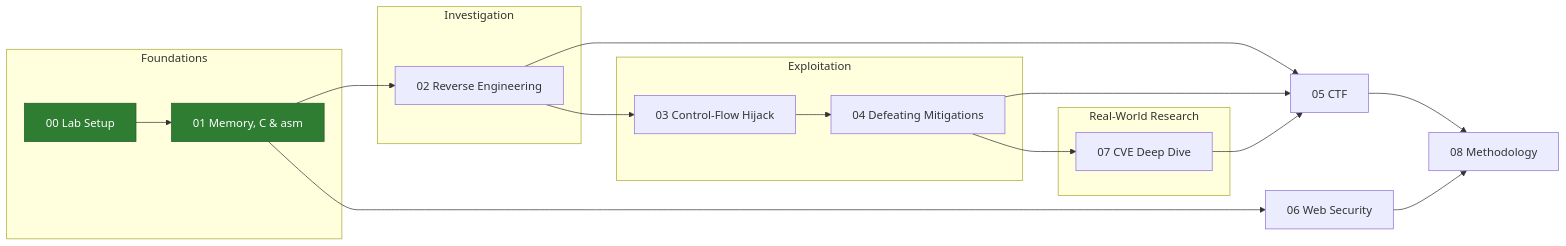
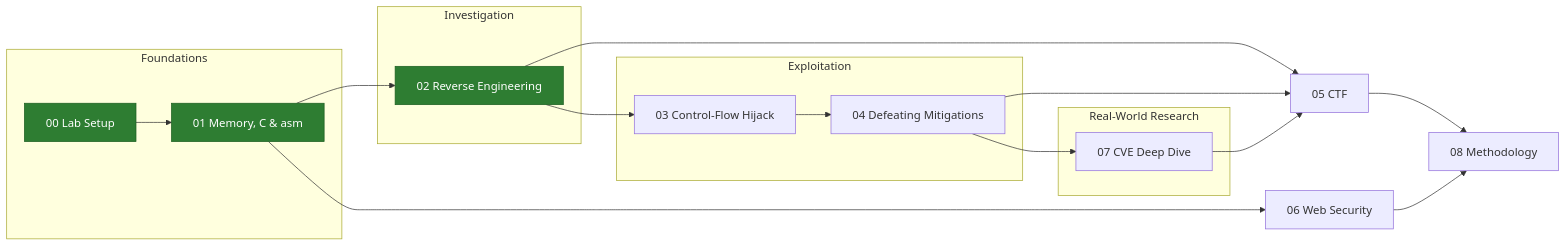
The diagram in README.md (amichaimukades/vr-portfolio), drawn with Mermaid before and after one commit. The commit also changed other lines of this file, not shown here.

````diff
--- a/README.md
+++ b/README.md
@@ -25,27 +25,27 @@
 ```mermaid
 flowchart LR
     subgraph F[Foundations]
         S0[00 Lab Setup]
         S1[01 Memory, C & asm]
     end
     subgraph I[Investigation]
         S2[02 Reverse Engineering]
     end
     subgraph E[Exploitation]
         S3[03 Control-Flow Hijack]
         S4[04 Defeating Mitigations]
     end
     subgraph R[Real-World Research]
         S7[07 CVE Deep Dive]
     end
     S0 --> S1 --> S2 --> S3 --> S4 --> S7
     S2 --> S5[05 CTF]
     S4 --> S5
     S7 --> S5
     S1 --> S6[06 Web Security]
     S5 --> S8[08 Methodology]
     S6 --> S8
 
     classDef done fill:#2e7d32,color:#fff,stroke:#1b5e20
-    class S0,S1 done
+    class S0,S1,S2 done
 ```
````
